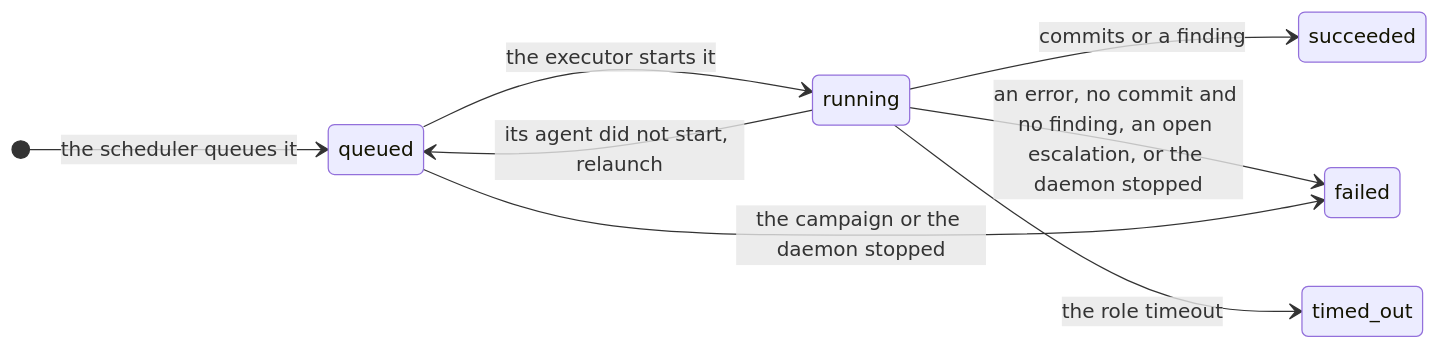
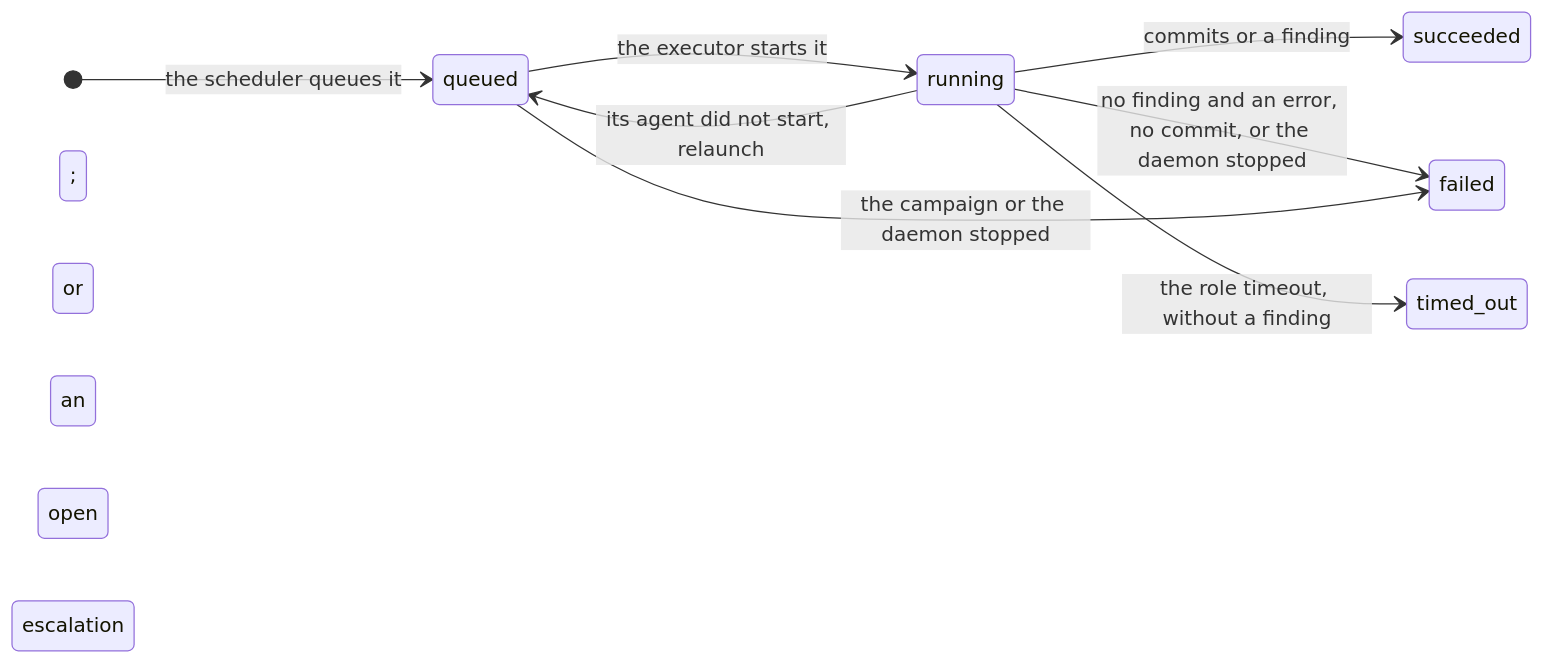
The second of 4 diagrams in docs/architecture/state-machines.mdx (VatsaDev/piloop), drawn with Mermaid before and after one commit. The commit also changed other lines of this file and 4 other files, not shown here.

````diff
--- a/docs/architecture/state-machines.mdx
+++ b/docs/architecture/state-machines.mdx
@@ -41,11 +41,11 @@
 ```mermaid
 stateDiagram-v2
     direction LR
     [*] --> queued: the scheduler queues it
     queued --> running: the executor starts it
     running --> queued: its agent did not start, relaunch
     running --> succeeded: commits or a finding
-    running --> failed: an error, no commit and no finding, an open escalation, or the daemon stopped
-    running --> timed_out: the role timeout
+    running --> failed: no finding and an error, no commit, or the daemon stopped; or an open escalation
+    running --> timed_out: the role timeout, without a finding
     queued --> failed: the campaign or the daemon stopped
 ```
````
